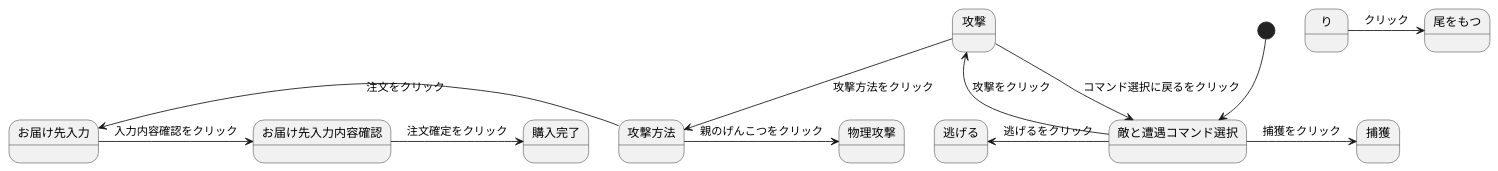
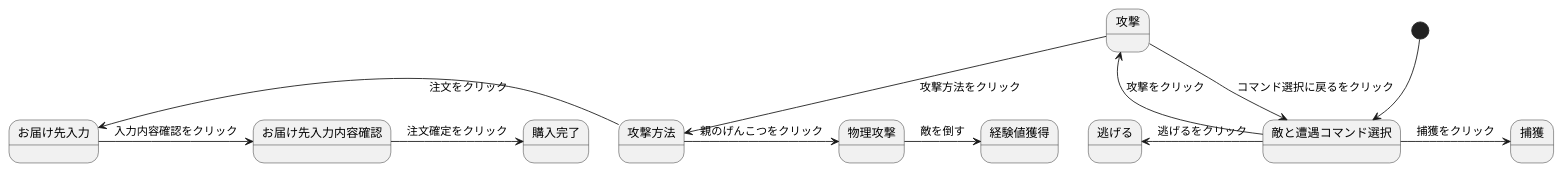
The diagram in stm01.md (Aso2001196/2021sys-design), drawn with PlantUML before and after one commit.

````diff
--- a/stm01.md
+++ b/stm01.md
@@ -1,15 +1,15 @@
 ```uml
 @startuml
 [*]--> 敵と遭遇コマンド選択
 敵と遭遇コマンド選択 -> 捕獲 : 捕獲をクリック
 敵と遭遇コマンド選択-left-> 逃げる : 逃げるをクリック
 敵と遭遇コマンド選択--> 攻撃 : 攻撃をクリック
 攻撃 --> 攻撃方法 : 攻撃方法をクリック
 攻撃 --> 敵と遭遇コマンド選択: コマンド選択に戻るをクリック
 攻撃方法 -> 物理攻撃 : 親のげんこつをクリック
-り -> 尾をもつ : クリック
+物理攻撃 -> 経験値獲得 : 敵を倒す
 攻撃方法 -left-> お届け先入力 : 注文をクリック
 お届け先入力 -> お届け先入力内容確認 : 入力内容確認をクリック
 お届け先入力内容確認 -> 購入完了 : 注文確定をクリック
 @enduml
 ```
````
